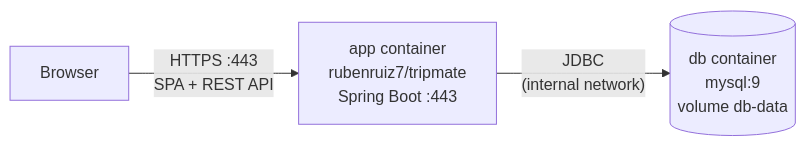
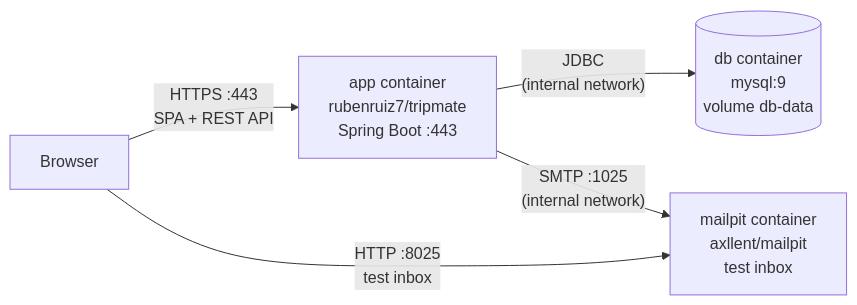
Before and after one commit to codeurjc-students/2026-ViajesRuben: the second of 6 diagrams in docs/development-guide.md, drawn with Mermaid. The commit also changed other lines of this file and 4 other files, not shown here.

Commit message:
Add a Mailpit test inbox to the Compose files and document the invitation emails

````diff
--- a/docs/development-guide.md
+++ b/docs/development-guide.md
@@ -204,5 +205,7 @@
 ```mermaid
 flowchart LR
   B["Browser"] -- "HTTPS :443<br/>SPA + REST API" --> A["app container<br/>rubenruiz7/tripmate<br/>Spring Boot :443"]
   A -- "JDBC<br/>(internal network)" --> D[("db container<br/>mysql:9<br/>volume db-data")]
+  A -- "SMTP :1025<br/>(internal network)" --> M["mailpit container<br/>axllent/mailpit<br/>test inbox"]
+  B -- "HTTP :8025<br/>test inbox" --> M
 ```
````
